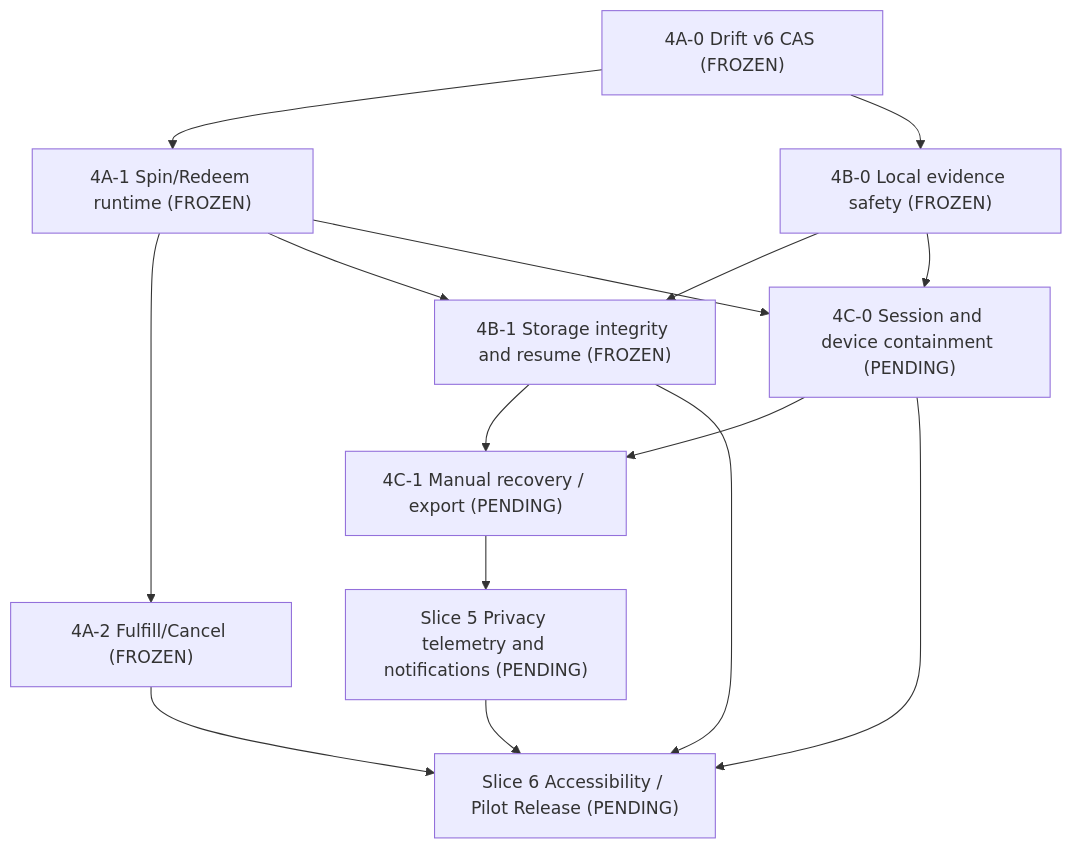
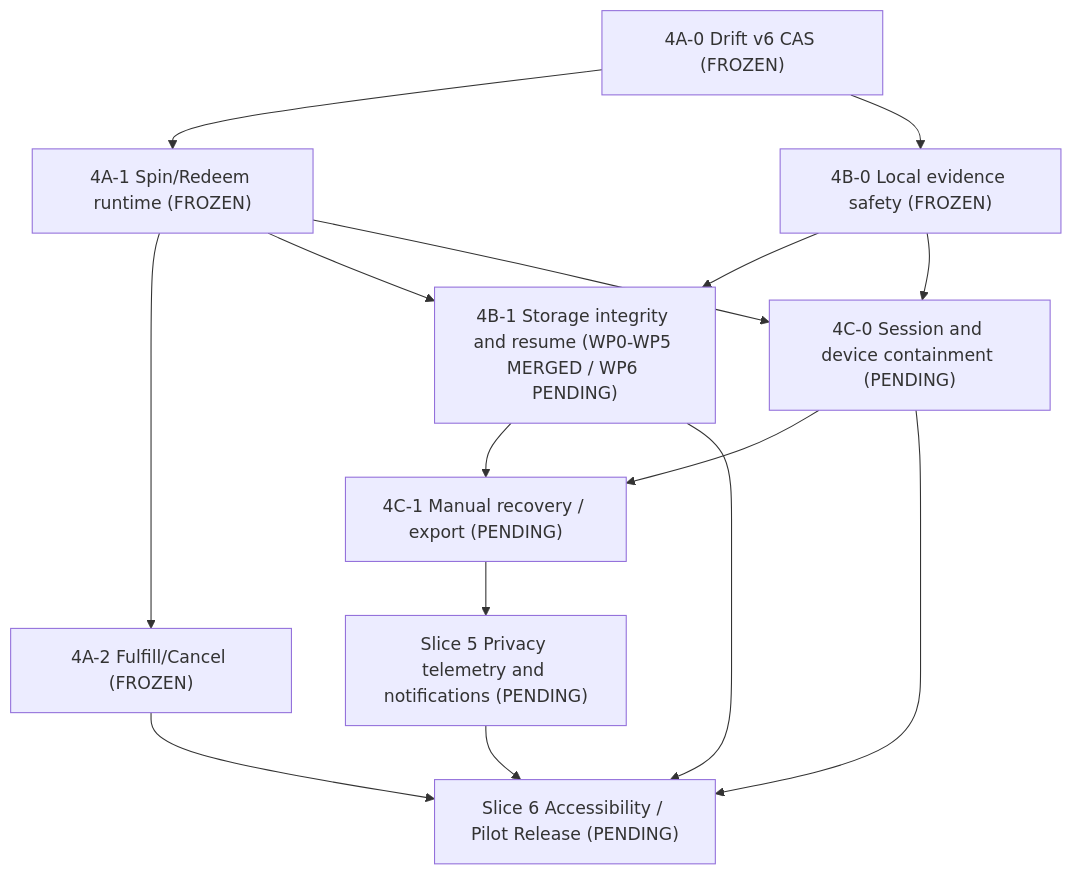
The diagram in docs/21-phase-6-master-delivery-and-pilot-gates.md (thedusk4203/LearnWard), drawn with Mermaid before and after one commit. The commit also changed other lines of this file and 1 other file, not shown here.

````diff
--- a/docs/21-phase-6-master-delivery-and-pilot-gates.md
+++ b/docs/21-phase-6-master-delivery-and-pilot-gates.md
@@ -97,17 +97,17 @@
 ```mermaid
 flowchart TD
  A["4A-0 Drift v6 CAS (FROZEN)"] --> B["4A-1 Spin/Redeem runtime (FROZEN)"]
  B --> C["4A-2 Fulfill/Cancel (FROZEN)"]
  A --> D["4B-0 Local evidence safety (FROZEN)"]
- D --> E["4B-1 Storage integrity and resume (FROZEN)"]
+ D --> E["4B-1 Storage integrity and resume (WP0-WP5 MERGED / WP6 PENDING)"]
  B --> E
  B --> F["4C-0 Session and device containment (PENDING)"]
  D --> F
  E --> G["4C-1 Manual recovery / export (PENDING)"]
  F --> G
  G --> H["Slice 5 Privacy telemetry and notifications (PENDING)"]
  H --> I["Slice 6 Accessibility / Pilot Release (PENDING)"]
  C --> I
  E --> I
  F --> I
 ```
````
